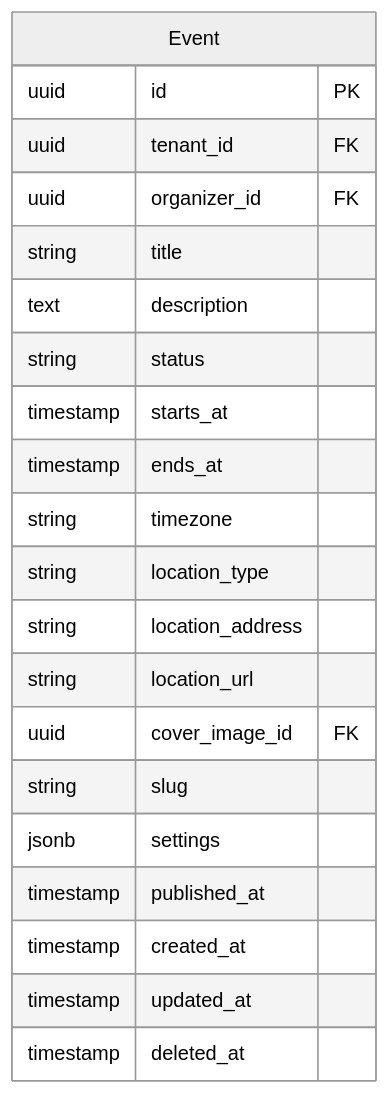
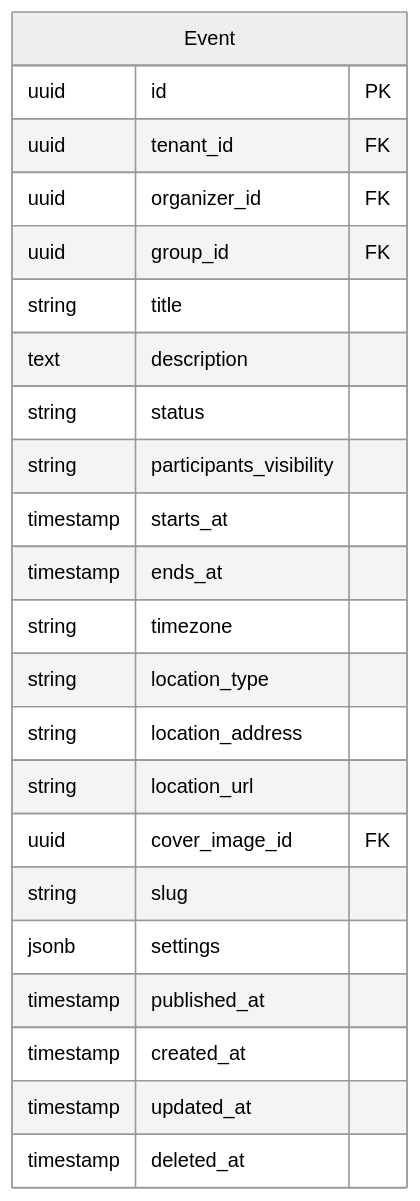
The eighth of 23 diagrams in docs/data/domain-model.md (egorov-ma/aqstream), drawn with Mermaid (neutral theme) before and after one commit. The commit also changed other lines of this file and 47 other files, not shown here.

````diff
--- a/docs/data/domain-model.md
+++ b/docs/data/domain-model.md
@@ -164,24 +279,26 @@
 ```mermaid
 erDiagram
     Event {
         uuid id PK
         uuid tenant_id FK
         uuid organizer_id FK
+        uuid group_id FK
         string title
         text description
         string status
+        string participants_visibility
         timestamp starts_at
         timestamp ends_at
         string timezone
         string location_type
         string location_address
         string location_url
         uuid cover_image_id FK
         string slug
         jsonb settings
         timestamp published_at
         timestamp created_at
         timestamp updated_at
         timestamp deleted_at
     }
 ```
````
